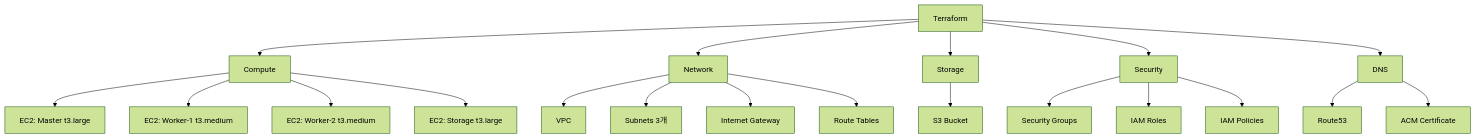
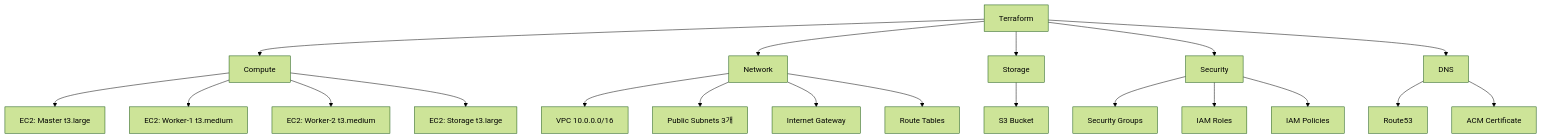
The sixth of 8 diagrams in docs/architecture/INFRASTRUCTURE_DEPLOYMENT_DIAGRAM.md (eco2-team/backend), drawn with Mermaid (forest theme) before and after one commit. The commit also changed other lines of this file and 10 other files, not shown here.

````diff
--- a/docs/architecture/INFRASTRUCTURE_DEPLOYMENT_DIAGRAM.md
+++ b/docs/architecture/INFRASTRUCTURE_DEPLOYMENT_DIAGRAM.md
@@ -205,27 +246,27 @@
 ```mermaid
 graph TB
     A[Terraform] --> B[Compute]
     A --> C[Network]
     A --> D[Storage]
     A --> E[Security]
     A --> F[DNS]
     
     B --> B1[EC2: Master t3.large]
     B --> B2[EC2: Worker-1 t3.medium]
     B --> B3[EC2: Worker-2 t3.medium]
     B --> B4[EC2: Storage t3.large]
     
-    C --> C1[VPC]
-    C --> C2[Subnets 3개]
+    C --> C1[VPC 10.0.0.0/16]
+    C --> C2[Public Subnets 3개]
     C --> C3[Internet Gateway]
     C --> C4[Route Tables]
     
     D --> D1[S3 Bucket]
     
     E --> E1[Security Groups]
     E --> E2[IAM Roles]
     E --> E3[IAM Policies]
     
     F --> F1[Route53]
     F --> F2[ACM Certificate]
 ```
````
